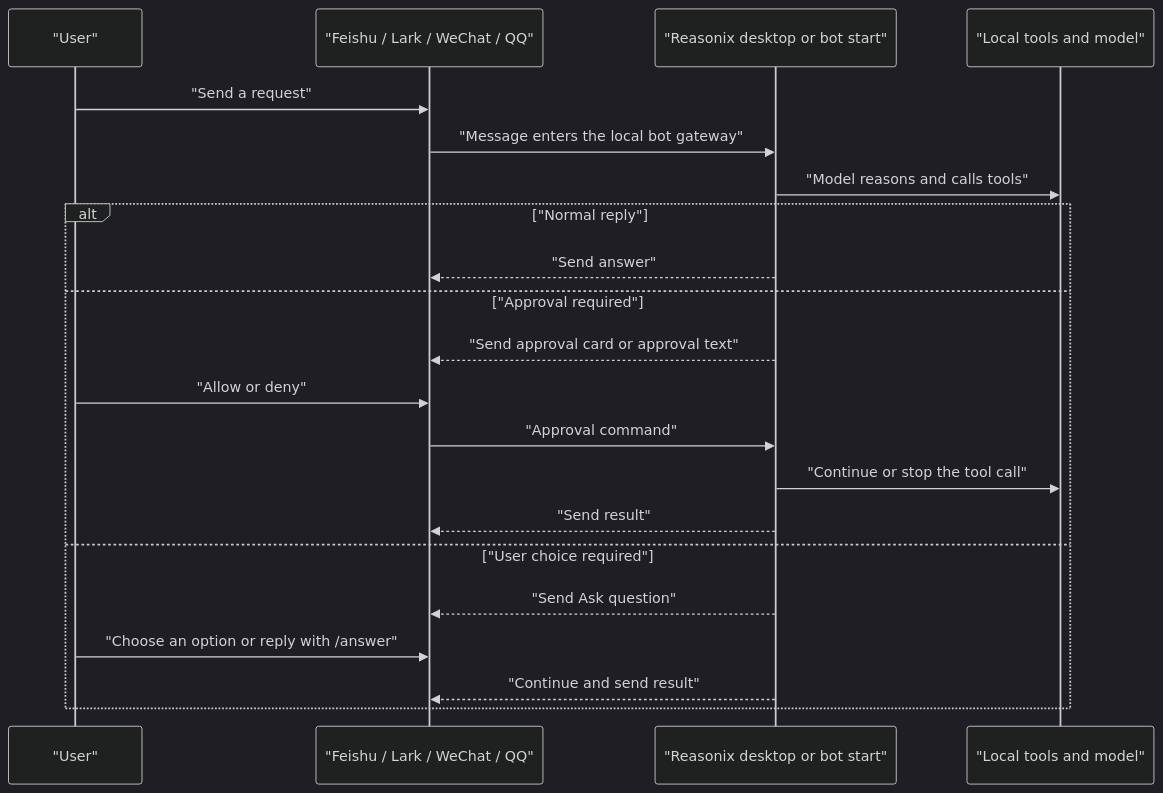
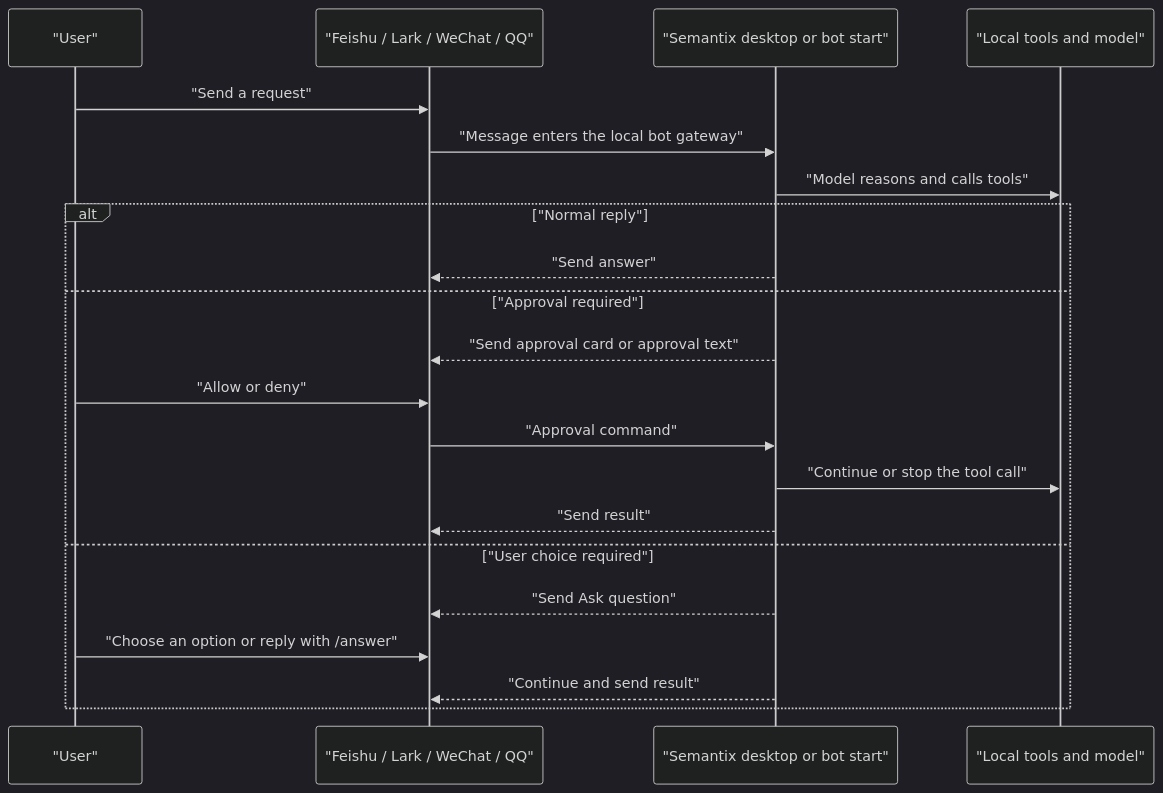
One commit to Allenllii/semantix changed the second of 3 diagrams in harness/docs/BOT_GUIDE.md. Above: the diagram before and after it, drawn with Mermaid (dark theme). The commit also changed other lines of this file and 694 other files, not shown here.

First line of the commit message:
feat(rebrand): 全仓品牌替换 reasonix → semantix（彻底版）

````diff
--- a/harness/docs/BOT_GUIDE.md
+++ b/harness/docs/BOT_GUIDE.md
@@ -265,24 +265,24 @@
 ```mermaid
 sequenceDiagram
   participant U as "User"
   participant IM as "Feishu / Lark / WeChat / QQ"
-  participant R as "Reasonix desktop or bot start"
+  participant R as "Semantix desktop or bot start"
   participant T as "Local tools and model"
 
   U->>IM: "Send a request"
   IM->>R: "Message enters the local bot gateway"
   R->>T: "Model reasons and calls tools"
   alt "Normal reply"
     R-->>IM: "Send answer"
   else "Approval required"
     R-->>IM: "Send approval card or approval text"
     U->>IM: "Allow or deny"
     IM->>R: "Approval command"
     R->>T: "Continue or stop the tool call"
     R-->>IM: "Send result"
   else "User choice required"
     R-->>IM: "Send Ask question"
     U->>IM: "Choose an option or reply with /answer"
     R-->>IM: "Continue and send result"
   end
 ```
````
